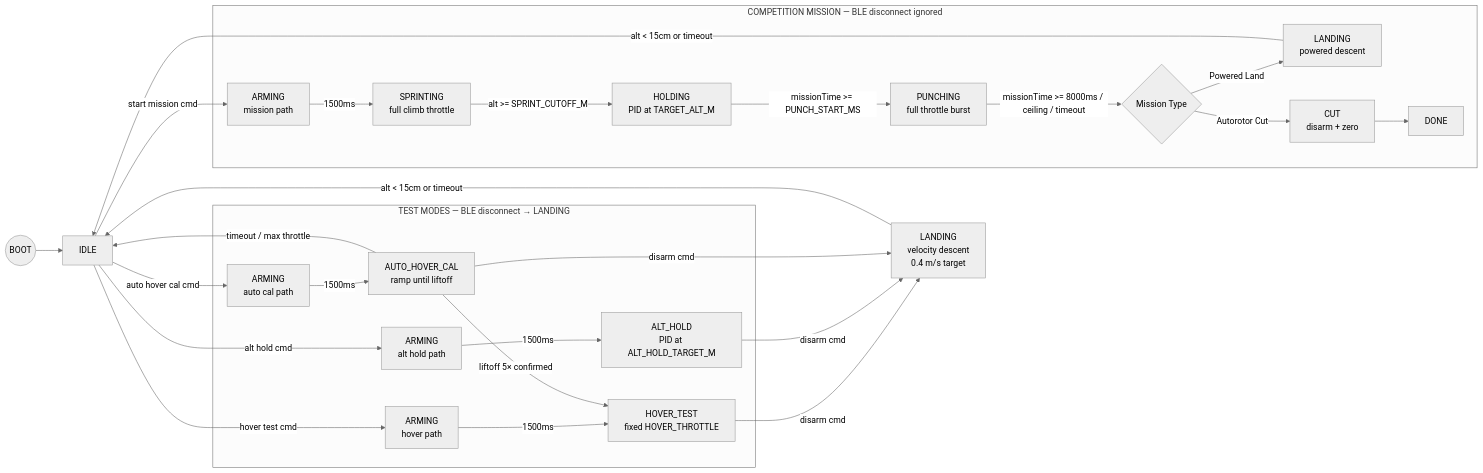
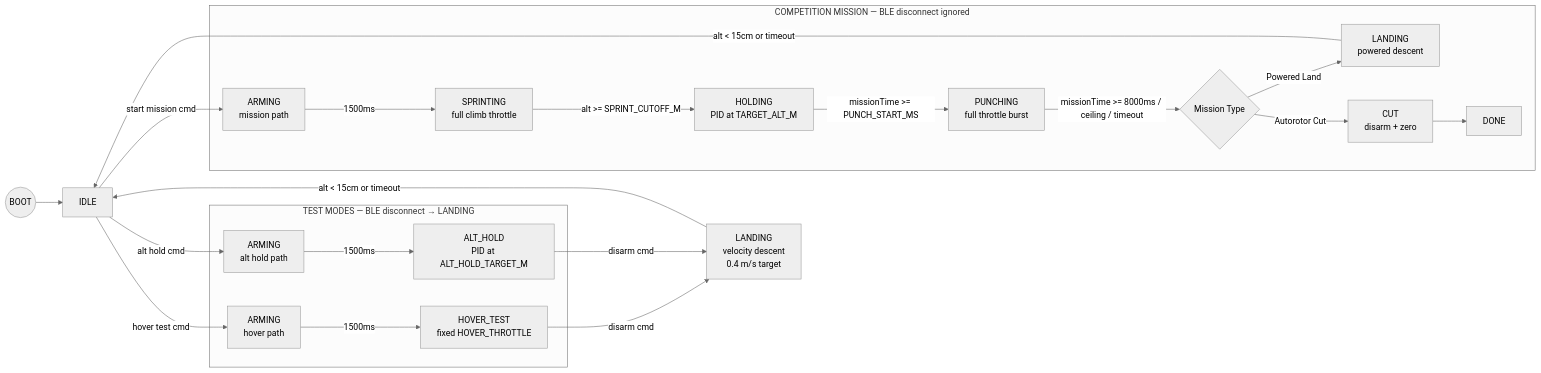
One commit to RyanHailey21/esp32_drone changed the first of 2 diagrams in README.md. Above: the diagram before and after it, drawn with Mermaid (neutral theme). The commit also changed other lines of this file and 12 other files, not shown here.

````diff
--- a/README.md
+++ b/README.md
@@ -170,52 +160,44 @@
 ```mermaid
 flowchart LR
     BOOT(("BOOT")) --> IDLE
 
     IDLE -->|hover test cmd| ARMING_HT
-    IDLE -->|auto hover cal cmd| ARMING_AC
     IDLE -->|alt hold cmd| ARMING_AH
     IDLE -->|start mission cmd| ARMING_M
 
     subgraph TEST["TEST MODES  —  BLE disconnect → LANDING"]
         ARMING_HT["ARMING\nhover path"]
-        ARMING_AC["ARMING\nauto cal path"]
         ARMING_AH["ARMING\nalt hold path"]
         HOVER_TEST["HOVER_TEST\nfixed HOVER_THROTTLE"]
-        AUTO_HOVER_CAL["AUTO_HOVER_CAL\nramp until liftoff"]
         ALT_HOLD["ALT_HOLD\nPID at ALT_HOLD_TARGET_M"]
     end
 
     subgraph MISSION["COMPETITION MISSION  —  BLE disconnect ignored"]
         ARMING_M["ARMING\nmission path"]
         SPRINTING["SPRINTING\nfull climb throttle"]
         HOLDING["HOLDING\nPID at TARGET_ALT_M"]
         PUNCHING["PUNCHING\nfull throttle burst"]
         MEND{"Mission Type"}
         MLAND["LANDING\npowered descent"]
         CUT["CUT\ndisarm + zero"]
         DONE["DONE"]
     end
 
     LANDING["LANDING\nvelocity descent\n0.4 m/s target"]
 
     ARMING_HT -->|1500ms| HOVER_TEST
-    ARMING_AC -->|1500ms| AUTO_HOVER_CAL
     ARMING_AH -->|1500ms| ALT_HOLD
     ARMING_M  -->|1500ms| SPRINTING
-
-    AUTO_HOVER_CAL -->|liftoff 5× confirmed| HOVER_TEST
-    AUTO_HOVER_CAL -->|timeout / max throttle| IDLE
 
     SPRINTING -->|alt >= SPRINT_CUTOFF_M| HOLDING
     HOLDING   -->|missionTime >= PUNCH_START_MS| PUNCHING
     PUNCHING  -->|missionTime >= 8000ms / ceiling / timeout| MEND
     MEND -->|Powered Land| MLAND
     MEND -->|Autorotor Cut| CUT
     MLAND -->|alt < 15cm or timeout| IDLE
     CUT --> DONE
 
     HOVER_TEST  -->|disarm cmd| LANDING
     ALT_HOLD    -->|disarm cmd| LANDING
-    AUTO_HOVER_CAL -->|disarm cmd| LANDING
     LANDING -->|alt < 15cm or timeout| IDLE
 ```
````
